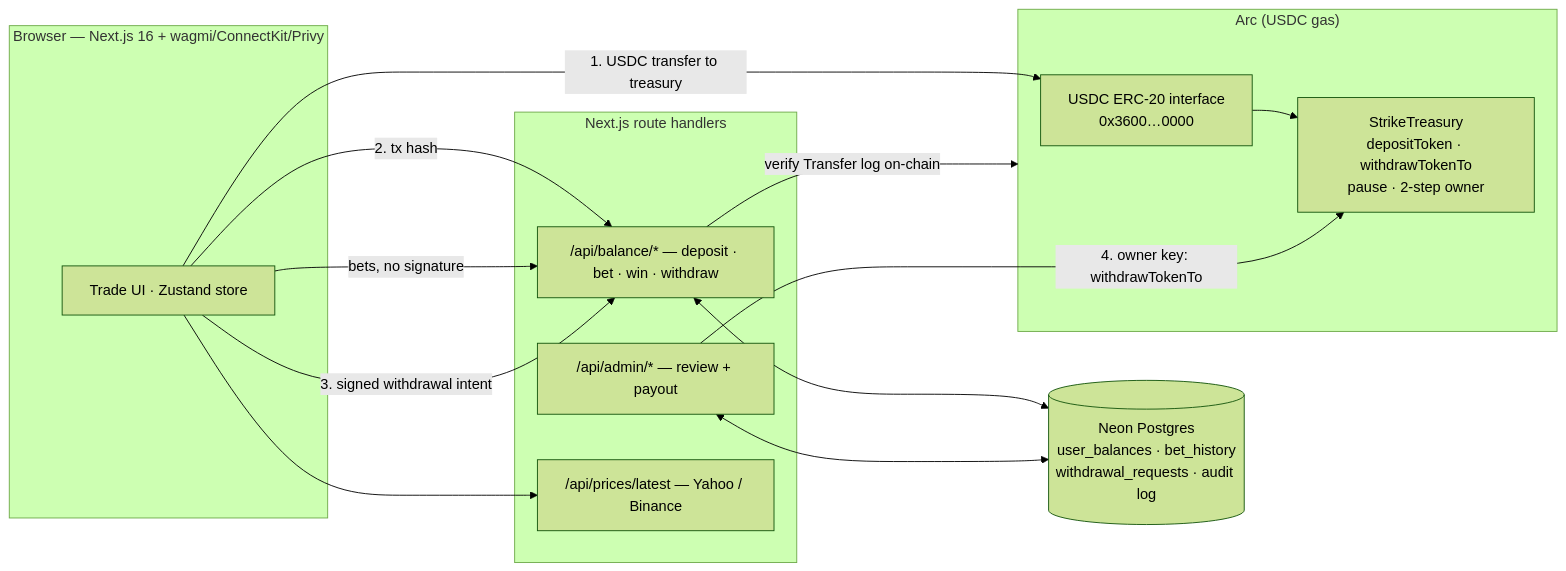
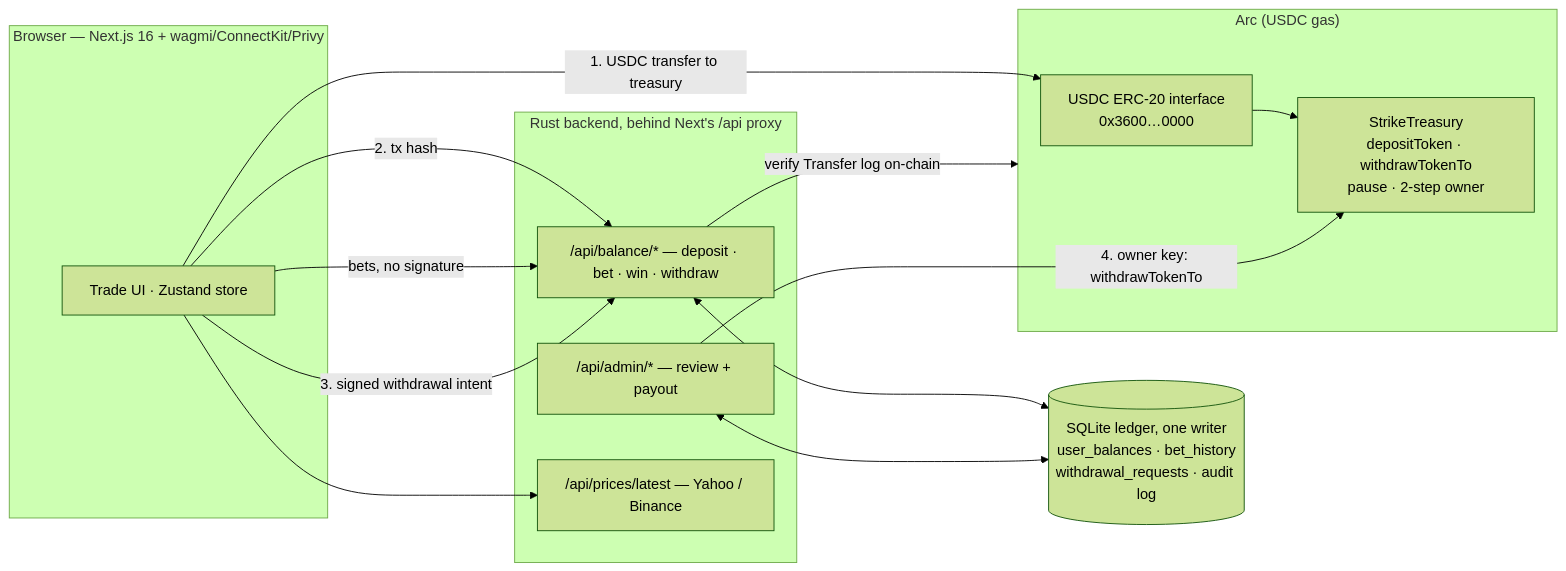
Before and after one commit to TryStrike/strike: the first of 3 diagrams in README.md, drawn with Mermaid (forest theme). The commit also changed other lines of this file and 292 other files, not shown here.

Commit message:
feat: move the backend to rust and sqlite

````diff
--- a/README.md
+++ b/README.md
@@ -105,25 +105,25 @@
 ```mermaid
 flowchart LR
   subgraph Browser["Browser — Next.js 16 + wagmi/ConnectKit/Privy"]
     UI[Trade UI · Zustand store]
   end
-  subgraph Server["Next.js route handlers"]
+  subgraph Server["Rust backend, behind Next's /api proxy"]
     BAL["/api/balance/* — deposit · bet · win · withdraw"]
     ADM["/api/admin/* — review + payout"]
     PX["/api/prices/latest — Yahoo / Binance"]
   end
-  DB[("Neon Postgres<br/>user_balances · bet_history<br/>withdrawal_requests · audit log")]
+  DB[("SQLite ledger, one writer<br/>user_balances · bet_history<br/>withdrawal_requests · audit log")]
   subgraph Arc["Arc (USDC gas)"]
     USDC["USDC ERC-20 interface<br/>0x3600…0000"]
     T["StrikeTreasury<br/>depositToken · withdrawTokenTo<br/>pause · 2-step owner"]
   end
   UI -- "1. USDC transfer to treasury" --> USDC --> T
   UI -- "2. tx hash" --> BAL
   BAL -- "verify Transfer log on-chain" --> Arc
   BAL <--> DB
   UI -- "bets, no signature" --> BAL
   UI --> PX
   UI -- "3. signed withdrawal intent" --> BAL
   ADM -- "4. owner key: withdrawTokenTo" --> T
   ADM <--> DB
 ```
````
